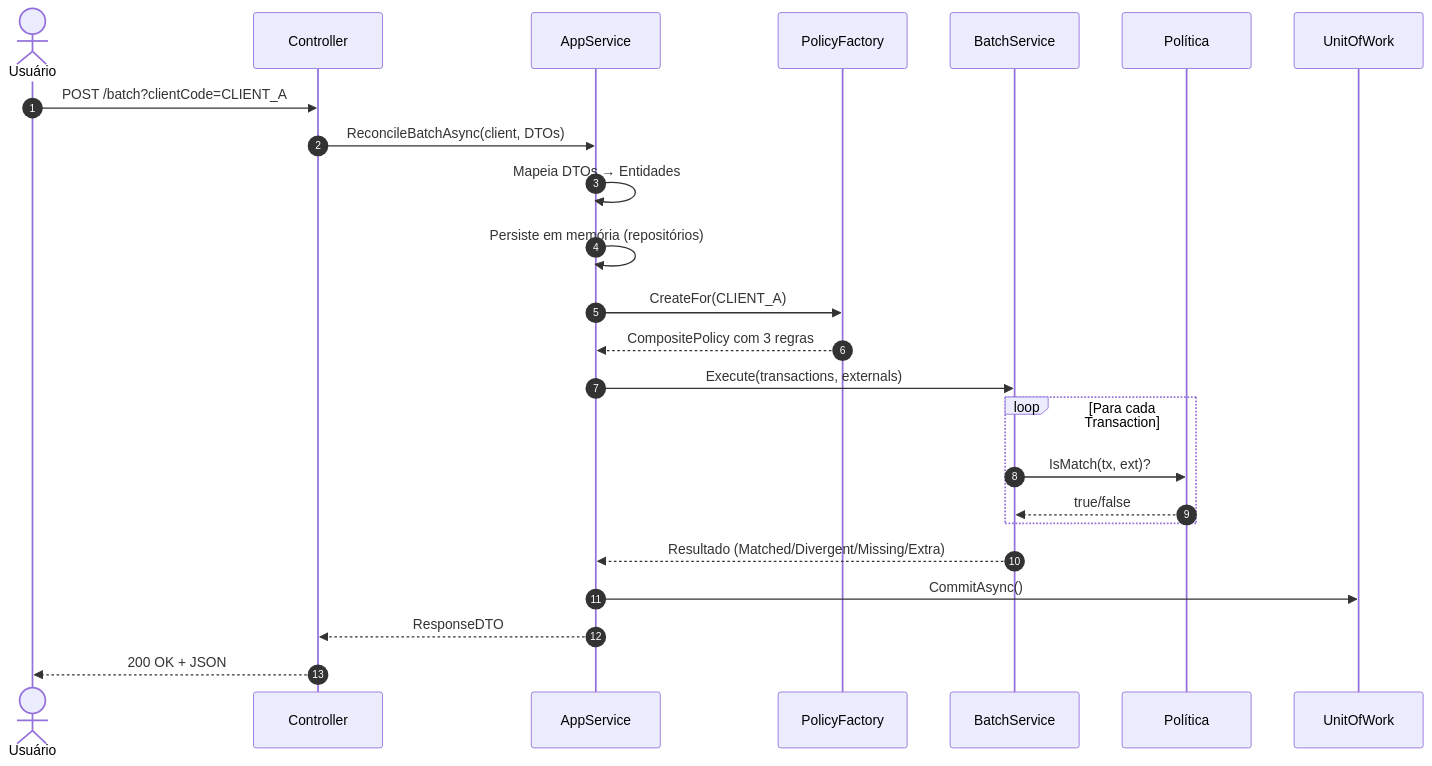
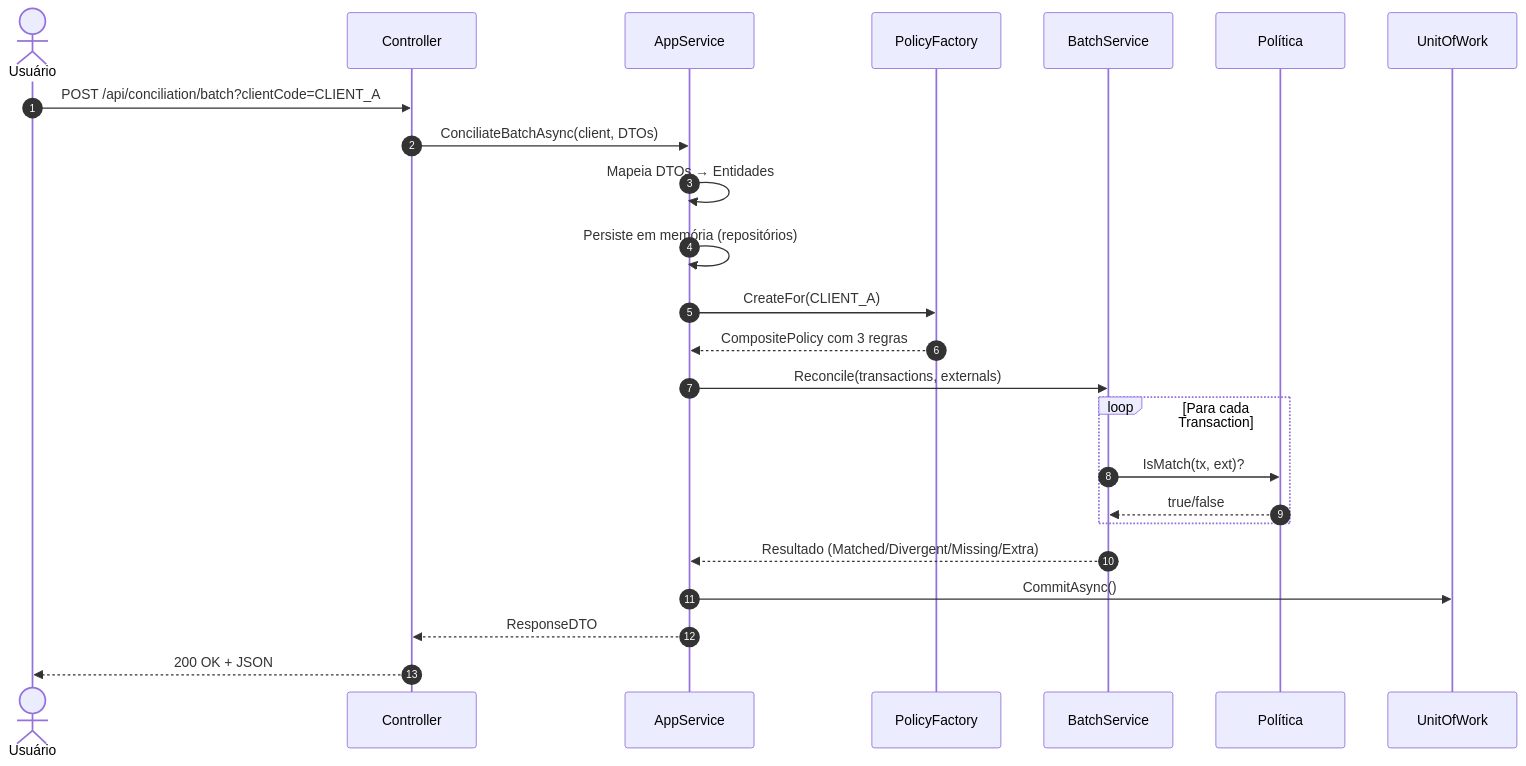
Before and after one commit to awernek/Conciliacao: the second of 6 diagrams in docs/COMO-FUNCIONA-O-PROJETO.md, drawn with Mermaid. The commit also changed other lines of this file and 40 other files, not shown here.

First line of the commit message:
feat: implement batch reconciliation flow and refactor API structure

````diff
--- a/docs/COMO-FUNCIONA-O-PROJETO.md
+++ b/docs/COMO-FUNCIONA-O-PROJETO.md
@@ -220,27 +219,27 @@
 ```mermaid
 sequenceDiagram
     autonumber
     actor U as Usuário
     participant C as Controller
     participant A as AppService
     participant F as PolicyFactory
     participant B as BatchService
     participant P as Política
     participant UW as UnitOfWork
 
-    U->>C: POST /batch?clientCode=CLIENT_A
-    C->>A: ReconcileBatchAsync(client, DTOs)
+    U->>C: POST /api/conciliation/batch?clientCode=CLIENT_A
+    C->>A: ConciliateBatchAsync(client, DTOs)
     A->>A: Mapeia DTOs → Entidades
     A->>A: Persiste em memória (repositórios)
     A->>F: CreateFor(CLIENT_A)
     F-->>A: CompositePolicy com 3 regras
-    A->>B: Execute(transactions, externals)
+    A->>B: Reconcile(transactions, externals)
     loop Para cada Transaction
         B->>P: IsMatch(tx, ext)?
         P-->>B: true/false
     end
     B-->>A: Resultado (Matched/Divergent/Missing/Extra)
     A->>UW: CommitAsync()
     A-->>C: ResponseDTO
     C-->>U: 200 OK + JSON
 ```
````
